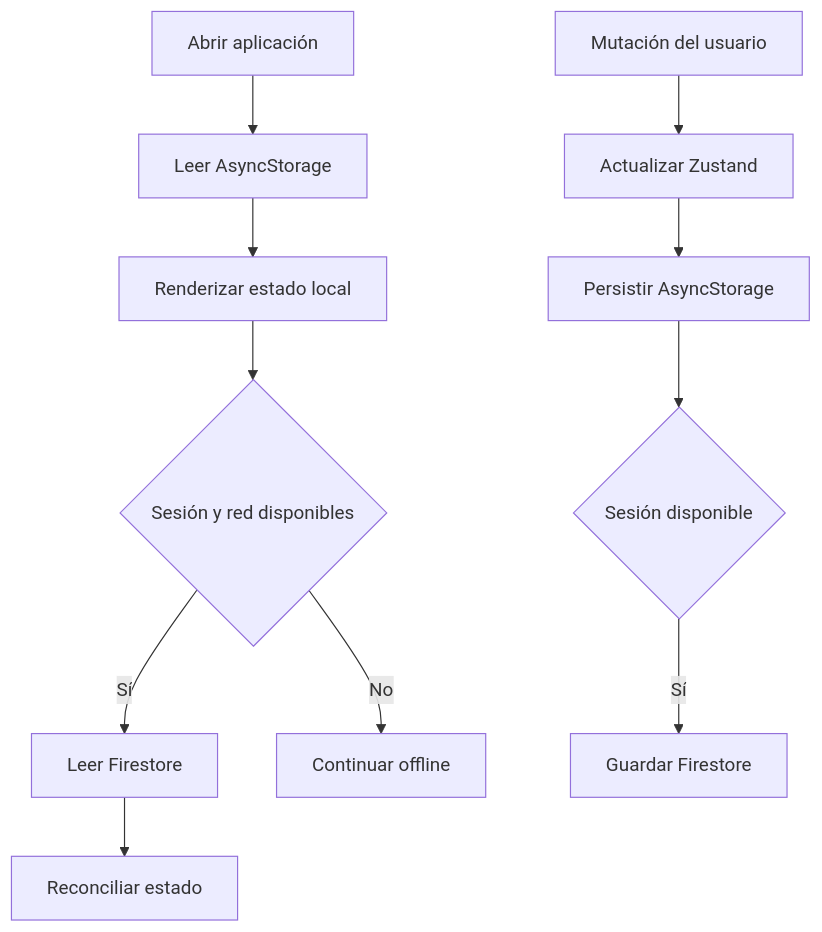
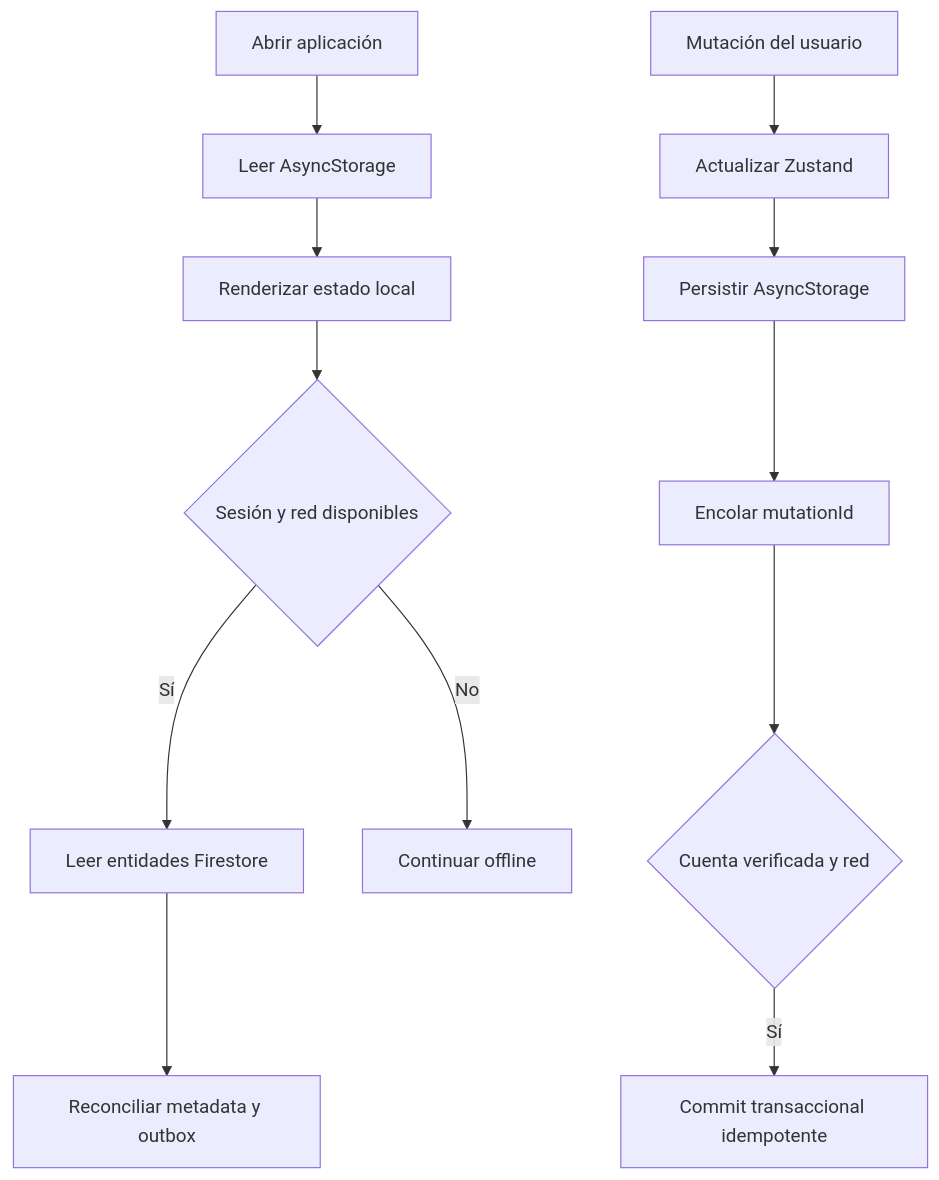
One commit to MiguelSalmeron/SUI changed the diagram in docs/explanation/architecture.md. Above: the diagram before and after it, drawn with Mermaid. The commit also changed other lines of this file and 11 other files, not shown here.

````diff
--- a/docs/explanation/architecture.md
+++ b/docs/explanation/architecture.md
@@ -72,13 +77,14 @@
 ```mermaid
 graph TD
     A[Abrir aplicación] --> B[Leer AsyncStorage]
     B --> C[Renderizar estado local]
     C --> D{Sesión y red disponibles}
-    D -- Sí --> E[Leer Firestore]
-    E --> F[Reconciliar estado]
+    D -- Sí --> E[Leer entidades Firestore]
+    E --> F[Reconciliar metadata y outbox]
     D -- No --> G[Continuar offline]
     H[Mutación del usuario] --> I[Actualizar Zustand]
     I --> J[Persistir AsyncStorage]
-    J --> K{Sesión disponible}
-    K -- Sí --> L[Guardar Firestore]
+    J --> K[Encolar mutationId]
+    K --> L{Cuenta verificada y red}
+    L -- Sí --> M[Commit transaccional idempotente]
 ```
````
